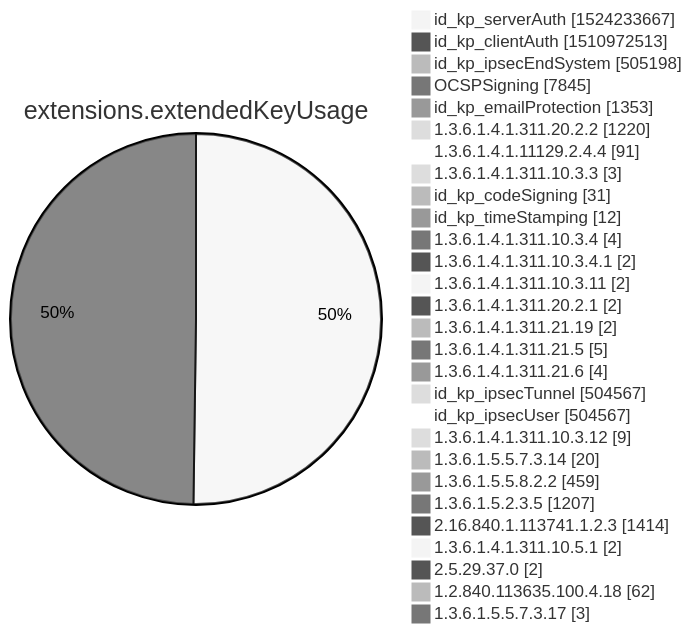
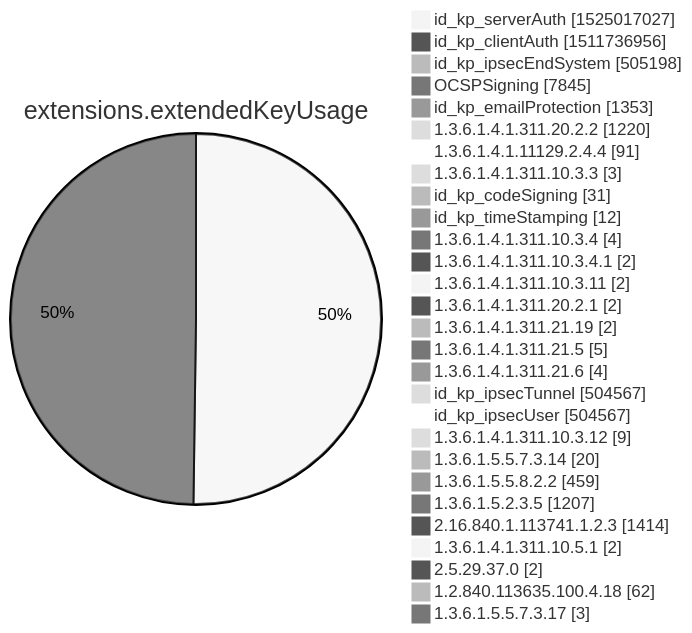
One commit to christiankrug/ctmonitor_visualization changed diagram 12 of 15 in xenon2022/README.md. Above: the diagram before and after it, drawn with Mermaid (neutral theme). The commit also changed other lines of this file, not shown here.

````diff
--- a/xenon2022/README.md
+++ b/xenon2022/README.md
@@ -3877,32 +3878,32 @@
 ```mermaid
 pie showData
 title extensions.extendedKeyUsage
-"id_kp_serverAuth" :1524233667
-"id_kp_clientAuth" :1510972513
+"id_kp_serverAuth" :1525017027
+"id_kp_clientAuth" :1511736956
 "id_kp_ipsecEndSystem" :505198
 "OCSPSigning" :7845
 "id_kp_emailProtection" :1353
 "1.3.6.1.4.1.311.20.2.2" :1220
 "1.3.6.1.4.1.11129.2.4.4" :91
 "1.3.6.1.4.1.311.10.3.3" :3
 "id_kp_codeSigning" :31
 "id_kp_timeStamping" :12
 "1.3.6.1.4.1.311.10.3.4" :4
 "1.3.6.1.4.1.311.10.3.4.1" :2
 "1.3.6.1.4.1.311.10.3.11" :2
 "1.3.6.1.4.1.311.20.2.1" :2
 "1.3.6.1.4.1.311.21.19" :2
 "1.3.6.1.4.1.311.21.5" :5
 "1.3.6.1.4.1.311.21.6" :4
 "id_kp_ipsecTunnel" :504567
 "id_kp_ipsecUser" :504567
 "1.3.6.1.4.1.311.10.3.12" :9
 "1.3.6.1.5.5.7.3.14" :20
 "1.3.6.1.5.5.8.2.2" :459
 "1.3.6.1.5.2.3.5" :1207
 "2.16.840.1.113741.1.2.3" :1414
 "1.3.6.1.4.1.311.10.5.1" :2
 "2.5.29.37.0" :2
 "1.2.840.113635.100.4.18" :62
 "1.3.6.1.5.5.7.3.17" :3
 ```
````
